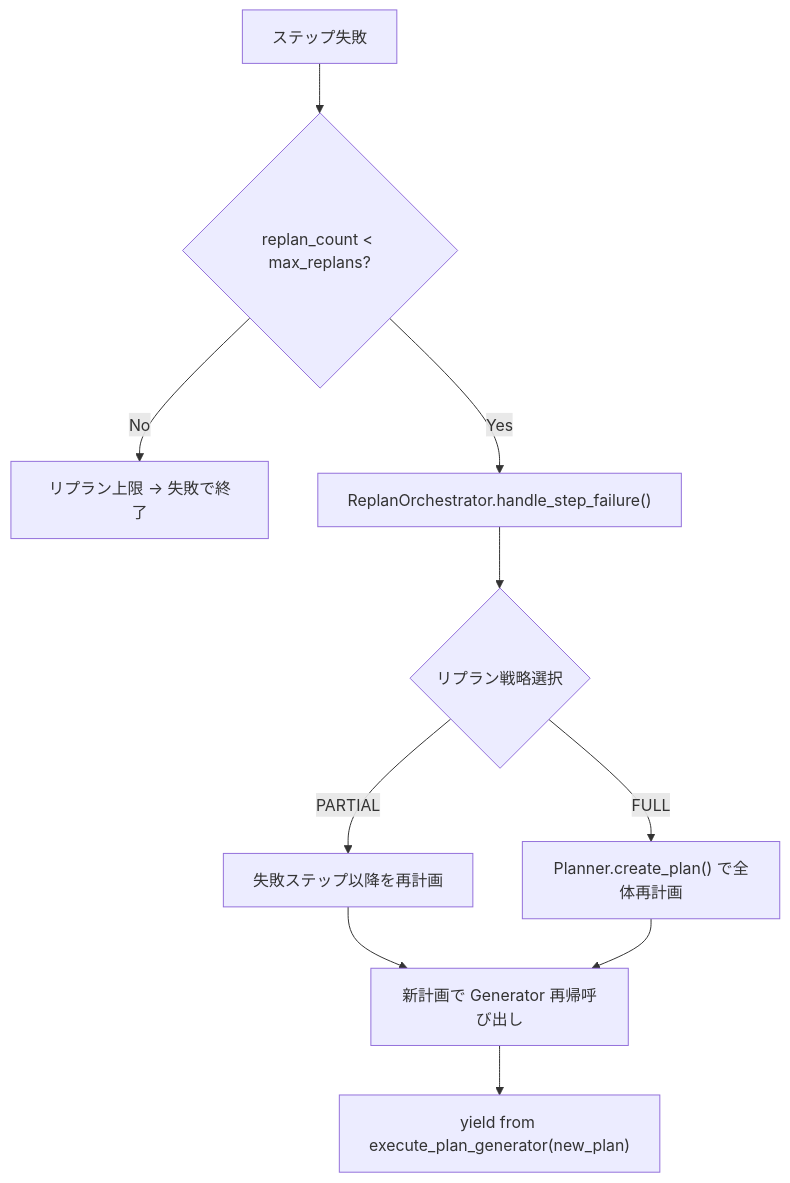
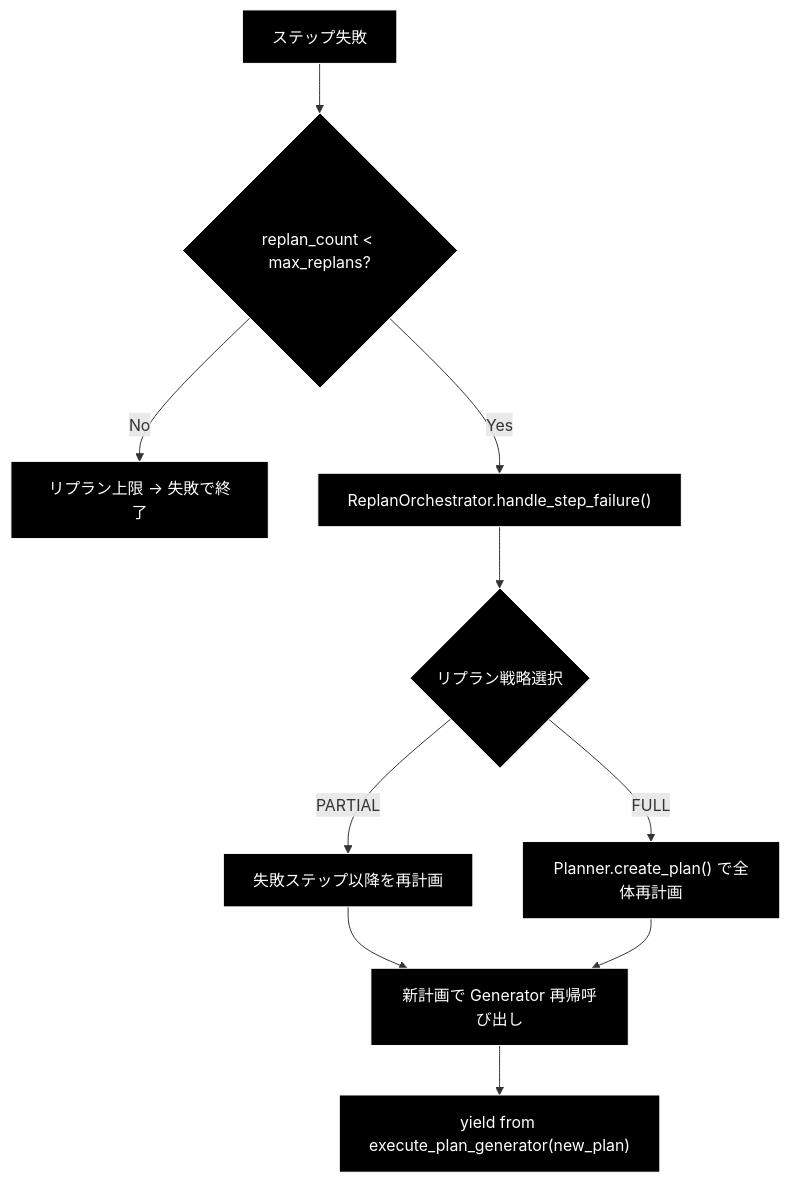
Diagram 11 of 13 in README.md (nakashima2toshio/ollama_grace_agent_v2), drawn with Mermaid before and after one commit. The commit also changed other lines of this file, not shown here.

First line of the commit message:
docs(README): apply mandatory black-bg Mermaid style + fix grace_chat_page.py refs

````diff
--- a/README.md
+++ b/README.md
@@ -1213,12 +1284,15 @@
 ```mermaid
 flowchart TB
     A["ステップ失敗"] --> B{"replan_count < max_replans?"}
     B -->|No| C["リプラン上限 → 失敗で終了"]
     B -->|Yes| D["ReplanOrchestrator.handle_step_failure()"]
     D --> E{"リプラン戦略選択"}
     E -->|PARTIAL| F["失敗ステップ以降を再計画"]
     E -->|FULL| G["Planner.create_plan() で全体再計画"]
     F --> H["新計画で Generator 再帰呼び出し"]
     G --> H
     H --> I["yield from execute_plan_generator(new_plan)"]
+classDef default fill:#000,stroke:#fff,color:#fff
+classDef subgraphStyle fill:#1a1a1a,stroke:#fff,color:#fff
+class A,B,C,D,E,F,G,H,I default
 ```
````
